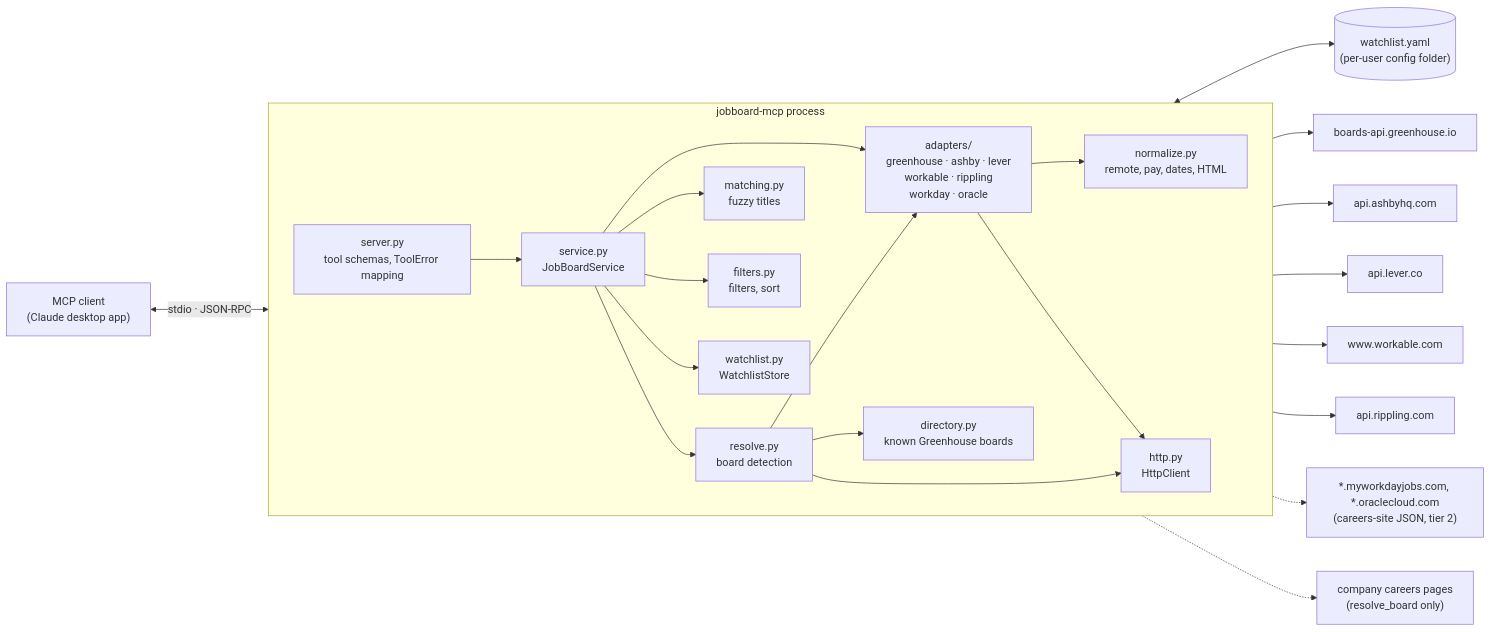
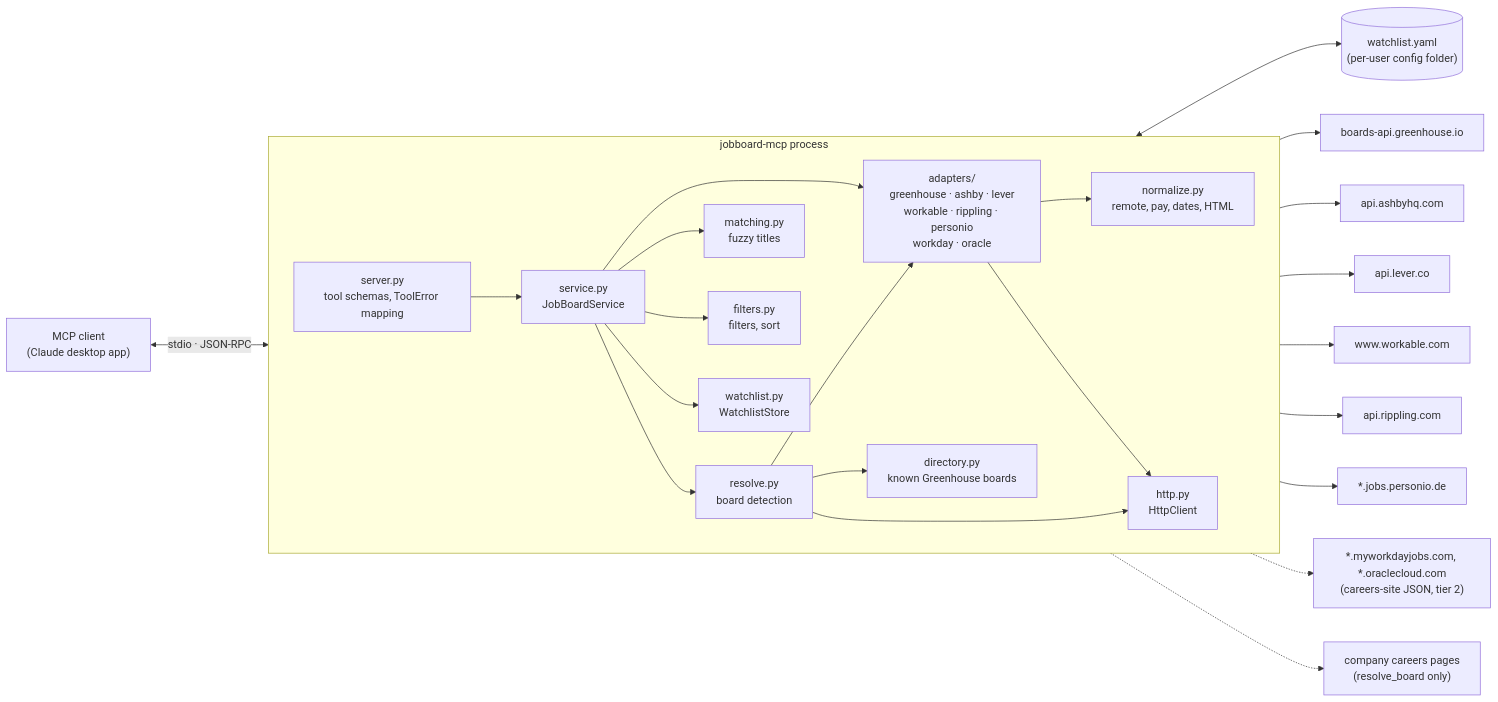
The first of 7 diagrams in docs/architecture.md (HakujouRyu/jobboard-mcp), drawn with Mermaid before and after one commit. The commit also changed other lines of this file and 31 other files, not shown here.

````diff
--- a/docs/architecture.md
+++ b/docs/architecture.md
@@ -18,48 +18,50 @@
 ```mermaid
 flowchart LR
     client["MCP client<br/>(Claude desktop app)"]
 
     subgraph proc["jobboard-mcp process"]
         direction LR
         server["server.py<br/>tool schemas, ToolError mapping"]
         service["service.py<br/>JobBoardService"]
-        adapters["adapters/<br/>greenhouse · ashby · lever<br/>workable · rippling<br/>workday · oracle"]
+        adapters["adapters/<br/>greenhouse · ashby · lever<br/>workable · rippling · personio<br/>workday · oracle"]
         resolve["resolve.py<br/>board detection"]
         directory["directory.py<br/>known Greenhouse boards"]
         matching["matching.py<br/>fuzzy titles"]
         filters["filters.py<br/>filters, sort"]
         normalize["normalize.py<br/>remote, pay, dates, HTML"]
         store["watchlist.py<br/>WatchlistStore"]
         http["http.py<br/>HttpClient"]
     end
 
     yaml[("watchlist.yaml<br/>(per-user config folder)")]
     gh["boards-api.greenhouse.io"]
     ash["api.ashbyhq.com"]
     lev["api.lever.co"]
     wk["www.workable.com"]
     rp["api.rippling.com"]
+    pe["*.jobs.personio.de"]
     wd["*.myworkdayjobs.com, *.oraclecloud.com<br/>(careers-site JSON, tier 2)"]
     careers["company careers pages<br/>(resolve_board only)"]
 
     client <-->|"stdio · JSON-RPC"| server
     server --> service
     service --> adapters
     service --> resolve
     service --> matching
     service --> filters
     service --> store
     adapters --> normalize
     resolve --> adapters
     resolve --> directory
     adapters --> http
     resolve --> http
     store <--> yaml
     http --> gh
     http --> ash
     http --> lev
     http --> wk
     http --> rp
+    http --> pe
     http -.-> wd
     http -.-> careers
 ```
````
